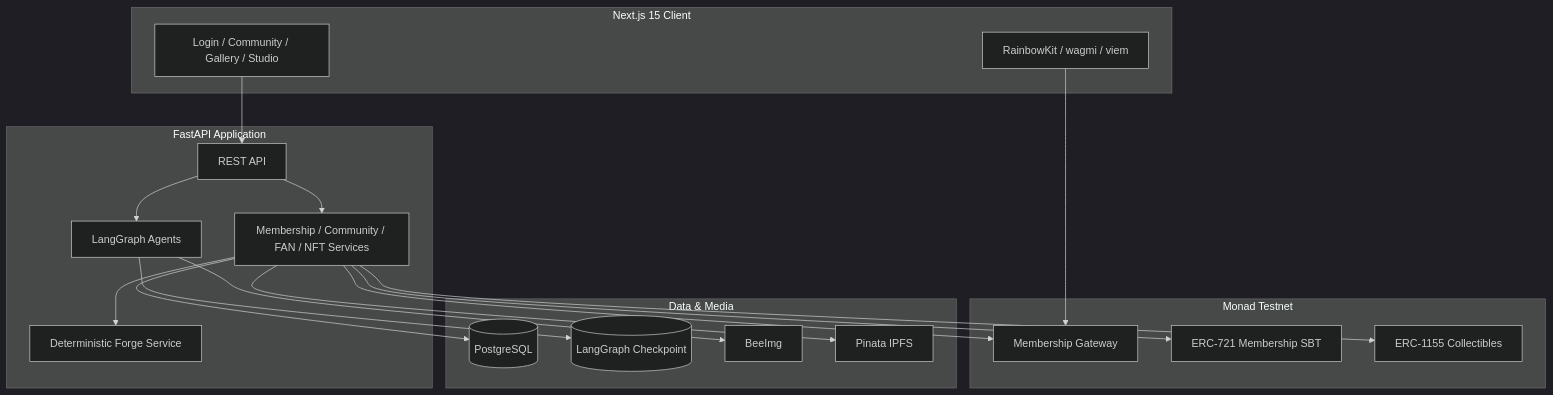
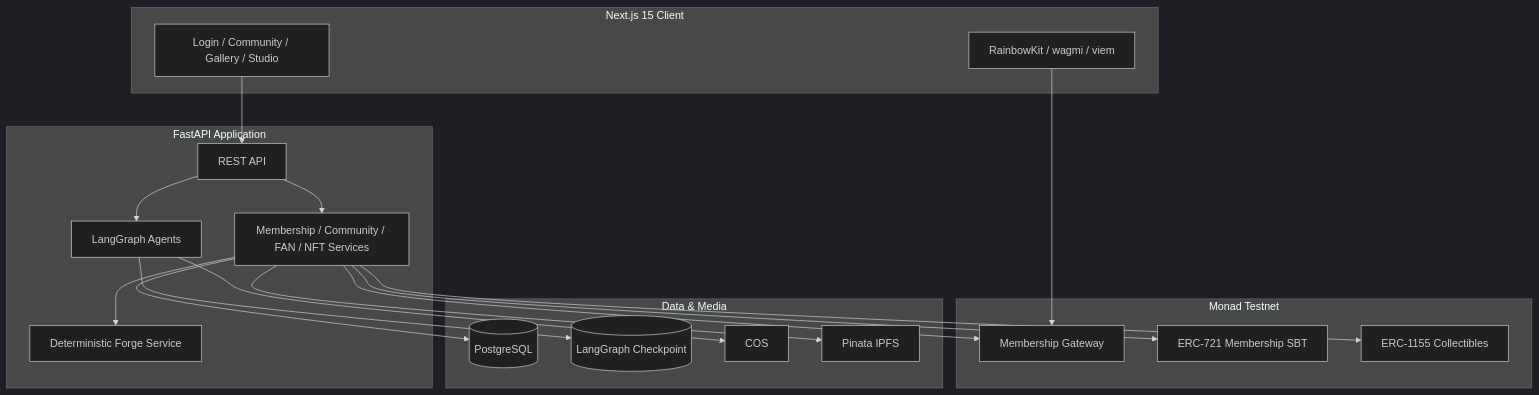
One commit to ouminghai/Fanora changed the fourth of 4 diagrams in docs/produce/README.md. Above: the diagram before and after it, drawn with Mermaid (dark theme). The commit also changed other lines of this file and 78 other files, not shown here.

````diff
--- a/docs/produce/README.md
+++ b/docs/produce/README.md
@@ -149,40 +149,40 @@
 ```mermaid
 flowchart TB
     subgraph Client["Next.js 15 Client"]
         UI["Login / Community / Gallery / Studio"]
         Wallet["RainbowKit / wagmi / viem"]
     end
 
     subgraph Server["FastAPI Application"]
         API["REST API"]
         Domain["Membership / Community / FAN / NFT Services"]
         Agents["LangGraph Agents"]
         Forge["Deterministic Forge Service"]
     end
 
     subgraph Data["Data & Media"]
         PG[("PostgreSQL")]
         CP[("LangGraph Checkpoint")]
-        Bee["BeeImg"]
+        Bee["COS"]
         IPFS["Pinata IPFS"]
     end
 
     subgraph Chain["Monad Testnet"]
         Gateway["Membership Gateway"]
         SBT["ERC-721 Membership SBT"]
         ERC1155["ERC-1155 Collectibles"]
     end
 
     UI --> API
     Wallet --> Gateway
     API --> Domain
     API --> Agents
     Domain --> Forge
     Domain --> PG
     Agents --> CP
     Agents --> Bee
     Domain --> IPFS
     Domain --> Gateway
     Domain --> SBT
     Domain --> ERC1155
 ```
````
